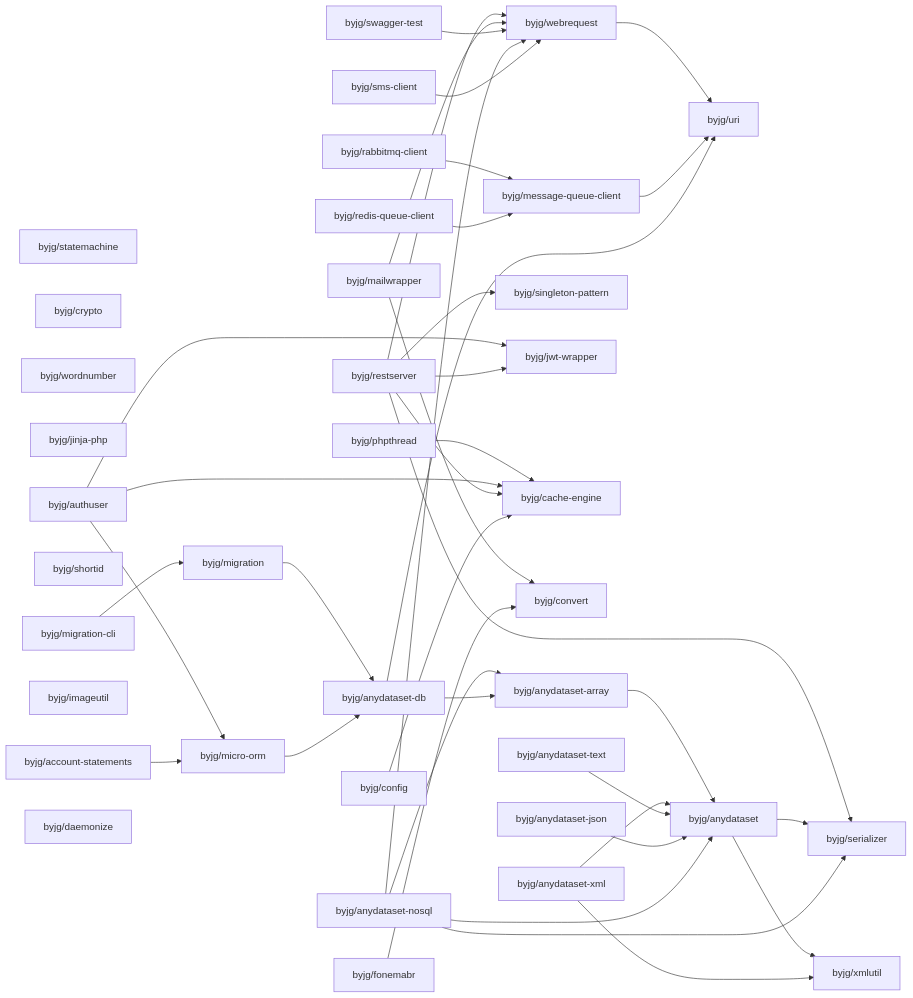
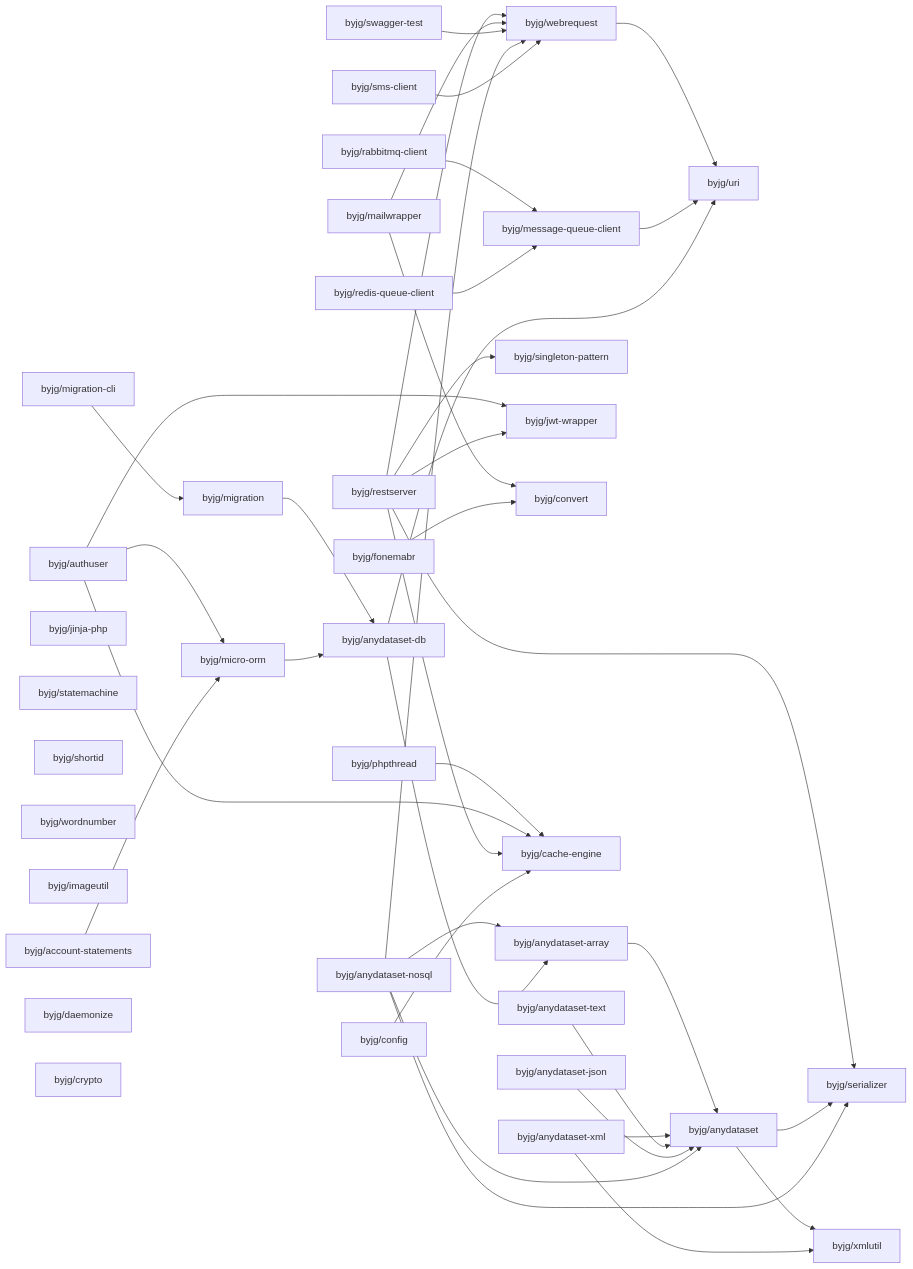
The diagram in docs/php/README.md (byjg/byjg.github.io), drawn with Mermaid before and after one commit. The commit also changed other lines of this file and 3 other files, not shown here.

Commit message:
Update documentation 'php' 'php-cache-engine'

````diff
--- a/docs/php/README.md
+++ b/docs/php/README.md
@@ -3,76 +3,76 @@
 ```mermaid
 graph LR;
+  byjg/phpthread;
+  byjg/authuser;
+  byjg/account-statements;
+  byjg/jinja-php;
+  byjg/statemachine;
+  byjg/sms-client;
+  byjg/shortid;
+  byjg/fonemabr;
+  byjg/wordnumber;
+  byjg/restserver;
+  byjg/rabbitmq-client;
+  byjg/swagger-test;
+  byjg/imageutil;
+  byjg/anydataset-text;
+  byjg/anydataset-nosql;
+  byjg/mailwrapper;
+  byjg/migration-cli;
+  byjg/daemonize;
+  byjg/crypto;
+  byjg/anydataset-xml;
+  byjg/anydataset-json;
   byjg/config;
-  byjg/anydataset-xml;
-  byjg/statemachine;
-  byjg/crypto;
-  byjg/anydataset-json;
-  byjg/wordnumber;
-  byjg/jinja-php;
-  byjg/account-statements;
-  byjg/shortid;
-  byjg/authuser;
-  byjg/fonemabr;
-  byjg/restserver;
-  byjg/anydataset-nosql;
-  byjg/anydataset-text;
-  byjg/phpthread;
-  byjg/swagger-test;
-  byjg/rabbitmq-client;
-  byjg/imageutil;
-  byjg/migration-cli;
-  byjg/mailwrapper;
-  byjg/sms-client;
-  byjg/daemonize;
   byjg/redis-queue-client;
   byjg/micro-orm;
   byjg/singleton-pattern;
   byjg/jwt-wrapper;
-  byjg/cache-engine;
-  byjg/migration;
   byjg/convert;
   byjg/webrequest;
+  byjg/migration;
+  byjg/cache-engine;
   byjg/message-queue-client;
   byjg/anydataset-db;
   byjg/anydataset-array;
   byjg/uri;
   byjg/anydataset;
   byjg/serializer;
   byjg/xmlutil;
   byjg/phpthread --> byjg/cache-engine;
   byjg/authuser --> byjg/micro-orm;
   byjg/authuser --> byjg/cache-engine;
   byjg/authuser --> byjg/jwt-wrapper;
   byjg/anydataset-array --> byjg/anydataset;
   byjg/restserver --> byjg/serializer;
   byjg/restserver --> byjg/singleton-pattern;
   byjg/restserver --> byjg/cache-engine;
   byjg/restserver --> byjg/webrequest;
   byjg/restserver --> byjg/jwt-wrapper;
   byjg/mailwrapper --> byjg/convert;
   byjg/mailwrapper --> byjg/webrequest;
   byjg/swagger-test --> byjg/webrequest;
   byjg/migration --> byjg/anydataset-db;
   byjg/account-statements --> byjg/micro-orm;
   byjg/anydataset --> byjg/serializer;
   byjg/anydataset --> byjg/xmlutil;
   byjg/fonemabr --> byjg/convert;
   byjg/anydataset-xml --> byjg/anydataset;
   byjg/anydataset-xml --> byjg/xmlutil;
   byjg/webrequest --> byjg/uri;
   byjg/config --> byjg/cache-engine;
   byjg/migration-cli --> byjg/migration;
   byjg/anydataset-text --> byjg/anydataset;
   byjg/micro-orm --> byjg/anydataset-db;
   byjg/message-queue-client --> byjg/uri;
   byjg/anydataset-json --> byjg/anydataset;
   byjg/anydataset-nosql --> byjg/anydataset;
   byjg/anydataset-nosql --> byjg/anydataset-array;
   byjg/anydataset-nosql --> byjg/serializer;
   byjg/anydataset-nosql --> byjg/webrequest;
   byjg/anydataset-db --> byjg/anydataset-array;
   byjg/anydataset-db --> byjg/uri;
   byjg/rabbitmq-client --> byjg/message-queue-client;
   byjg/redis-queue-client --> byjg/message-queue-client;
   byjg/sms-client --> byjg/webrequest;
 ```
````
